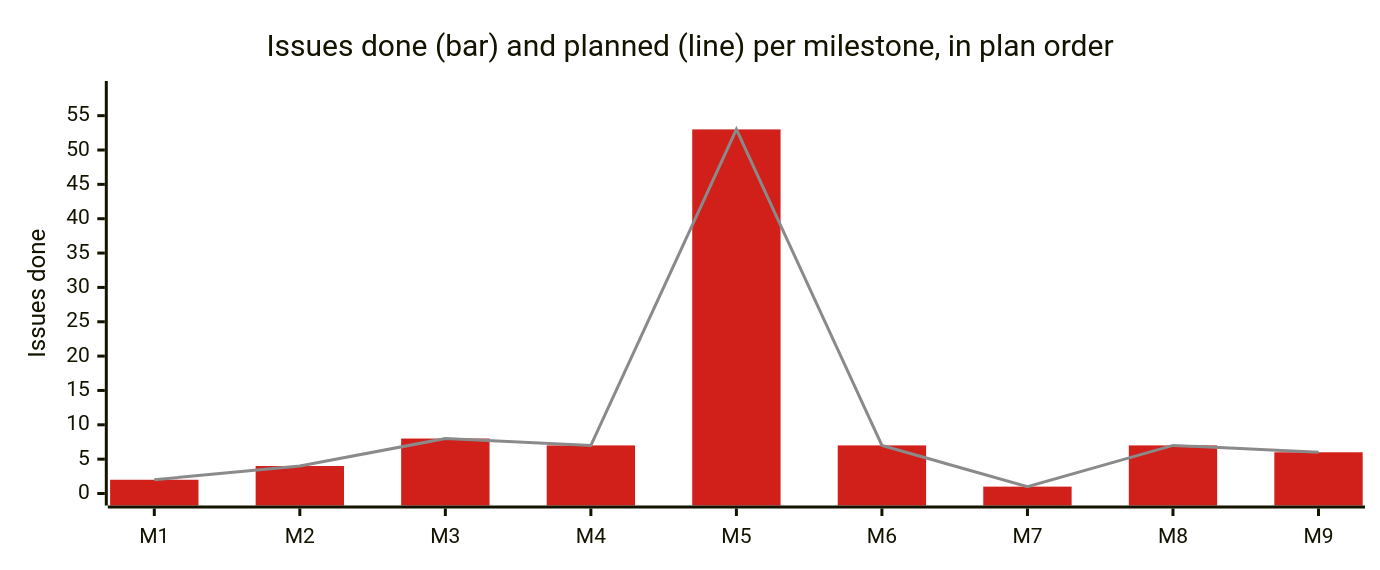
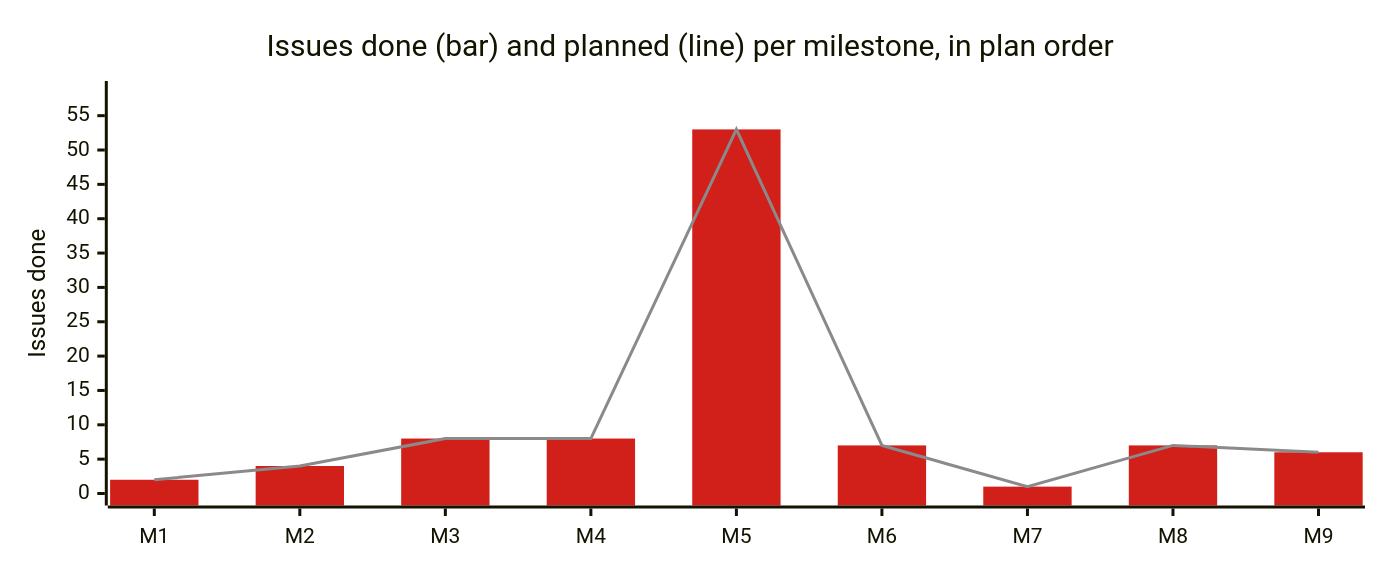
Before and after one commit to korczis/OpenTTD: the diagram in .ai/repo/project/README.md, drawn with Mermaid. The commit also changed other lines of this file and 41 other files, not shown here.

````diff
--- a/.ai/repo/project/README.md
+++ b/.ai/repo/project/README.md
@@ -61,19 +61,19 @@
 ```mermaid
 ---
 config:
   xyChart:
     width: 900
     height: 360
   themeVariables:
     xyChart:
       plotColorPalette: "#d11f1a, #8a8a8a, #0b0b0b, #ece4d6"
 ---
 xychart-beta
     title "Issues done (bar) and planned (line) per milestone, in plan order"
     x-axis ["M1", "M2", "M3", "M4", "M5", "M6", "M7", "M8", "M9"]
     %% series: Issues done | Issues planned
     %% links: milestones/the-fork-is-a-governed-research-target.yaml | milestones/a-change-is-validated-in-cost-tiers.yaml | milestones/internals-are-observable-with-recorded-provenance.yaml | milestones/prismatic-steers-a-company-through-the-bridge.yaml | milestones/an-agent-reaches-the-game-over-mcp.yaml | milestones/the-fork-is-published-supervised-and-current.yaml | milestones/the-game-wears-the-owners-noir-style.yaml | milestones/planning-is-generated-from-recorded-history.yaml | milestones/rhai-is-a-live-ide.yaml
     y-axis "Issues done" 0 --> 58.3
-    bar [2, 4, 8, 7, 53, 7, 1, 7, 6]
-    line [2, 4, 8, 7, 53, 7, 1, 7, 6]
+    bar [2, 4, 8, 8, 53, 7, 1, 7, 6]
+    line [2, 4, 8, 8, 53, 7, 1, 7, 6]
 ```
````
